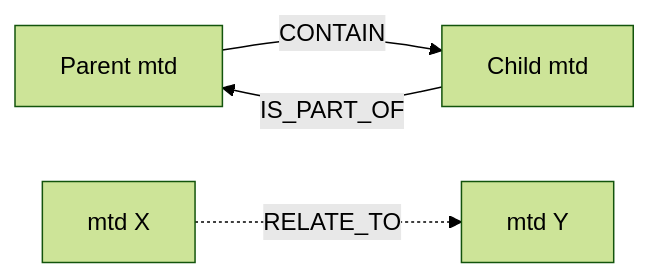
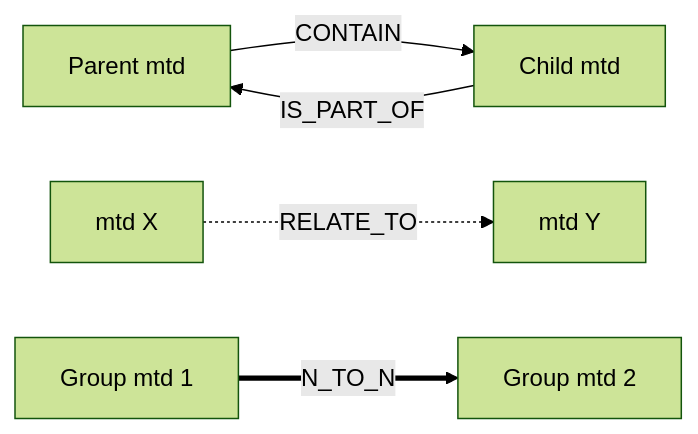
The first of 17 diagrams in docs/user-guide/dev_guide/metadata_relations_diagrams.md (OskarFiedot/DLStreamer), drawn with Mermaid (forest theme) before and after one commit. The commit also changed other lines of this file, not shown here.

````diff
--- a/docs/user-guide/dev_guide/metadata_relations_diagrams.md
+++ b/docs/user-guide/dev_guide/metadata_relations_diagrams.md
@@ -17,6 +16,7 @@
 ```mermaid
 graph LR
   A["Parent mtd"] -->|CONTAIN| B["Child mtd"]
   B -->|IS_PART_OF| A
   C["mtd X"] -.->|RELATE_TO| D["mtd Y"]
+  E["Group mtd 1"] ==>|N_TO_N| F["Group mtd 2"]
 ```
````
